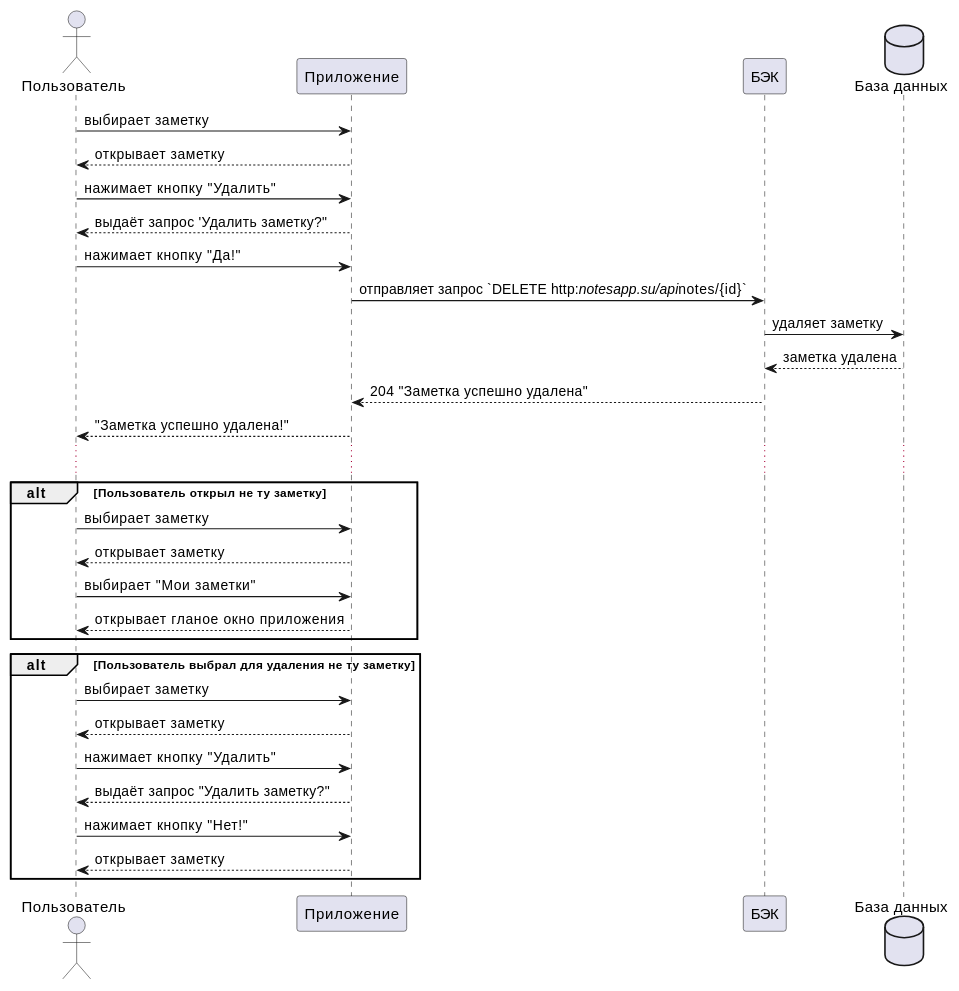
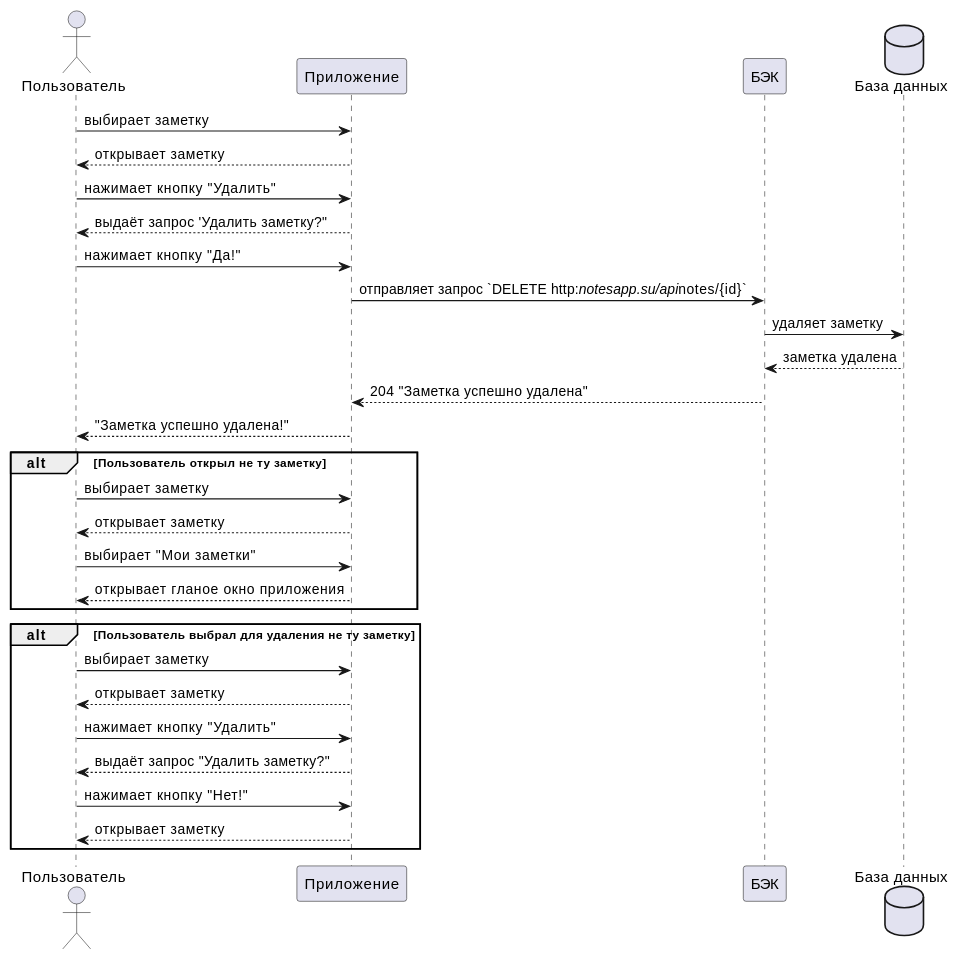
One commit to Helb11/my-awesome-doc-project changed the diagram in docs/portfolio/custom-script.md. Above: the diagram before and after it, drawn with PlantUML. The commit also changed other lines of this file and 6 other files, not shown here.

````diff
--- a/docs/portfolio/custom-script.md
+++ b/docs/portfolio/custom-script.md
@@ -65,38 +65,37 @@
 ```puml
 @startuml
 
 actor Пользователь as u
 participant Приложение as p
 participant БЭК as b
 database "База данных" as d
 
 u -> p: выбирает заметку
 u <-- p: открывает заметку
 u -> p: нажимает кнопку "Удалить"
 u <-- p: выдаёт запрос 'Удалить заметку?"
 u -> p: нажимает кнопку "Да!"
 p -> b: отправляет запрос `DELETE http://notesapp.su/api//notes/{id}`
 b -> d: удаляет заметку
 b <-- d: заметка удалена
 p <-- b: 204 "Заметка успешно удалена"
 u <-- p: "Заметка успешно удалена!"
 
-...
 alt Пользователь открыл не ту заметку
 u -> p: выбирает заметку
 u <-- p: открывает заметку
 u -> p: выбирает "Мои заметки"
 u <-- p: открывает гланое окно приложения
 end alt
 
 alt Пользователь выбрал для удаления не ту заметку
 u -> p: выбирает заметку
 u <-- p: открывает заметку
 u -> p: нажимает кнопку "Удалить"
 u <-- p: выдаёт запрос "Удалить заметку?"
 u -> p: нажимает кнопку "Нет!"
 u <-- p: открывает заметку
 end alt
 
 @enduml
 ```
````
